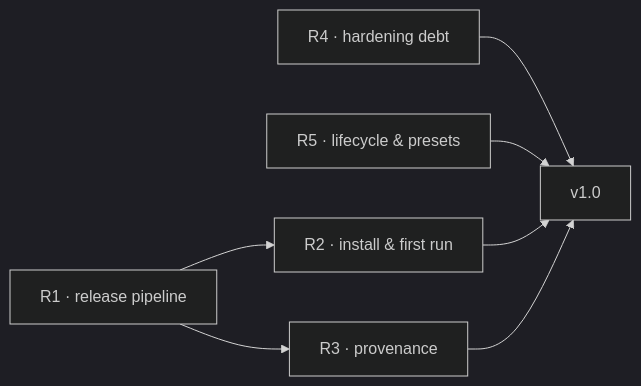
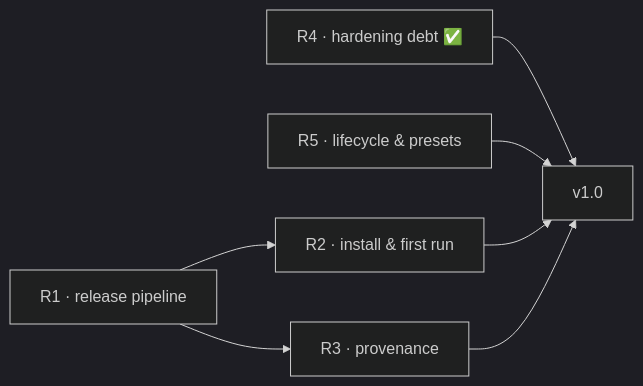
One commit to chrisdruta/vibe-tui-box changed the diagram in ROADMAP.md. Above: the diagram before and after it, drawn with Mermaid (dark theme). The commit also changed other lines of this file and 23 other files, not shown here.

First line of the commit message:
engine: store gc, plan diff in approvals, fuzz targets (roadmap R4)

````diff
--- a/ROADMAP.md
+++ b/ROADMAP.md
@@ -27,9 +27,9 @@
 ```mermaid
 flowchart LR
     R1["R1 · release pipeline"] --> R2["R2 · install & first run"]
     R1 --> R3["R3 · provenance"]
-    R4["R4 · hardening debt"] --> G
+    R4["R4 · hardening debt ✅"] --> G
     R5["R5 · lifecycle & presets"] --> G
     R2 --> G["v1.0"]
     R3 --> G
 ```
````
